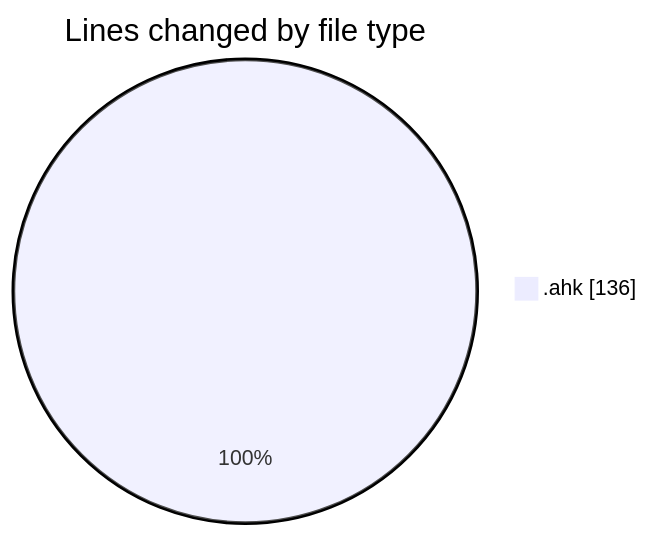
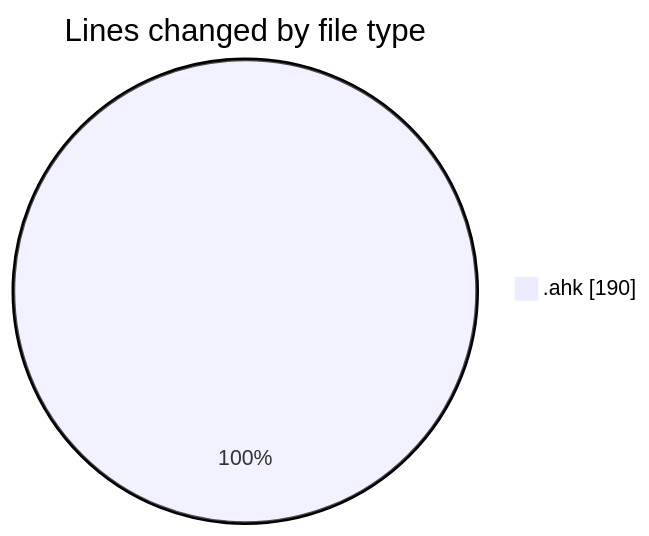
One commit to Ritupan-Deka/code-tracking changed the first of 2 diagrams in 2025-01-25/desktop/README.md. Above: the diagram before and after it, drawn with Mermaid. The commit also changed other lines of this file and 1 other file, not shown here.

````diff
--- a/2025-01-25/desktop/README.md
+++ b/2025-01-25/desktop/README.md
@@ -20,5 +20,5 @@
 ```mermaid
 pie showData
 title Lines changed by file type
-".ahk" : 136
+".ahk" : 190
 ```
````
